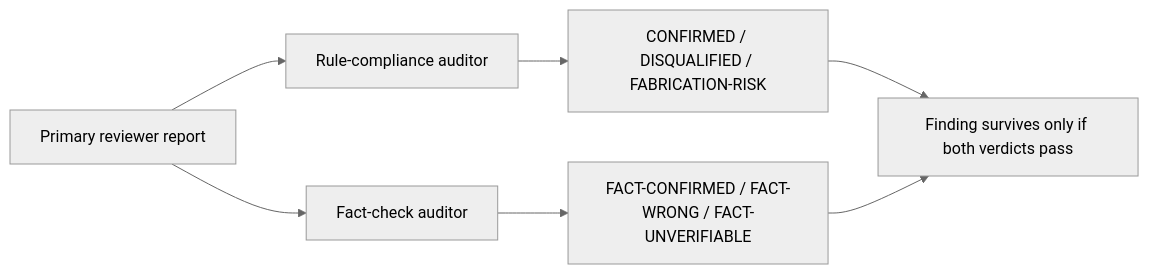
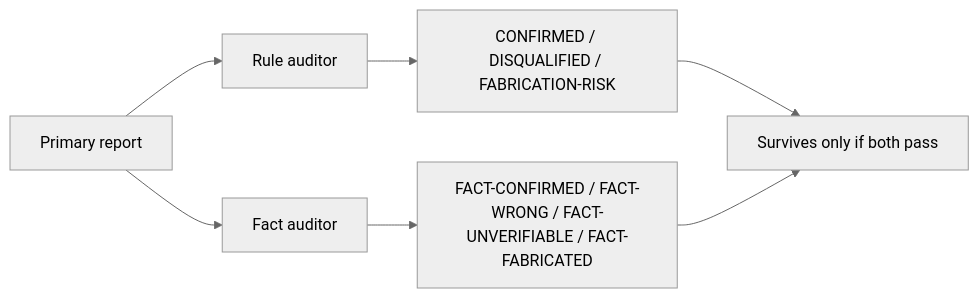
The diagram in AUDIT.md (1qh/lens), drawn with Mermaid (neutral theme) before and after one commit. The commit also changed other lines of this file and 14 other files, not shown here.

````diff
--- a/AUDIT.md
+++ b/AUDIT.md
@@ -5,9 +5,9 @@
 ```mermaid
 flowchart LR
-    Primary[Primary reviewer report] --> A1[Rule-compliance auditor]
-    Primary --> A2[Fact-check auditor]
-    A1 --> Verdict1[CONFIRMED / DISQUALIFIED / FABRICATION-RISK]
-    A2 --> Verdict2[FACT-CONFIRMED / FACT-WRONG / FACT-UNVERIFIABLE]
-    Verdict1 --> Merge[Finding survives only if both verdicts pass]
-    Verdict2 --> Merge
+    Primary[Primary report] --> A1[Rule auditor]
+    Primary --> A2[Fact auditor]
+    A1 --> V1[CONFIRMED / DISQUALIFIED / FABRICATION-RISK]
+    A2 --> V2[FACT-CONFIRMED / FACT-WRONG / FACT-UNVERIFIABLE / FACT-FABRICATED]
+    V1 --> Merge[Survives only if both pass]
+    V2 --> Merge
 ```
````
